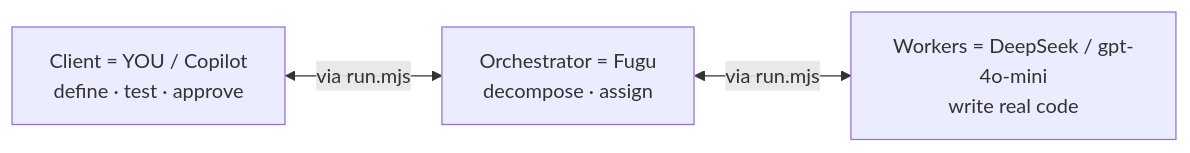
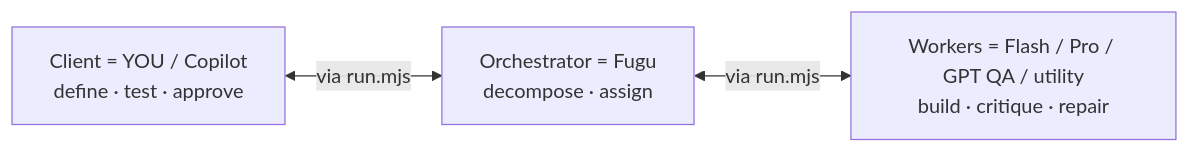
Before and after one commit to hartou/agent-pipeline: the first of 2 diagrams in GUIDE.md, drawn with Mermaid. The commit also changed other lines of this file and 10 other files, not shown here.

````diff
--- a/GUIDE.md
+++ b/GUIDE.md
@@ -36,8 +36,8 @@
 ```mermaid
 flowchart LR
     C["Client = YOU / Copilot<br/>define · test · approve"]
     F["Orchestrator = Fugu<br/>decompose · assign"]
-    W["Workers = DeepSeek / gpt-4o-mini<br/>write real code"]
+    W["Workers = Flash / Pro / GPT QA / utility<br/>build · critique · repair"]
     C <-->|via run.mjs| F
     F <-->|via run.mjs| W
 ```
````
